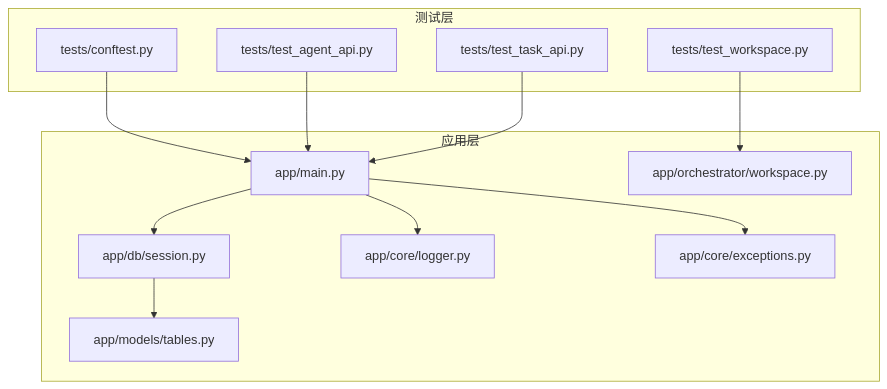
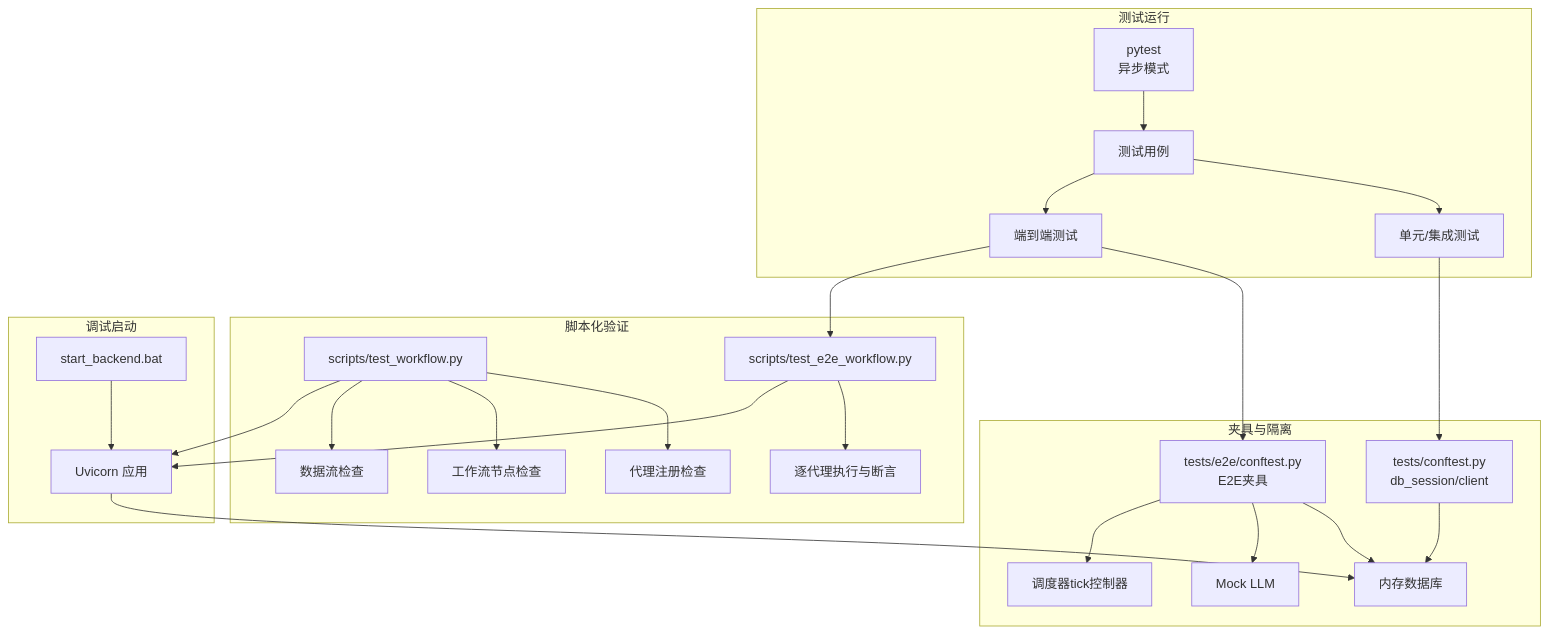
Before and after one commit to sansansansansan2022-web/hotclaw: the second of 9 diagrams in .qoder/repowiki/zh/content/后端开发/测试与调试.md, drawn with Mermaid. The commit also changed other lines of this file and 44 other files, not shown here.

````diff
--- a/.qoder/repowiki/zh/content/后端开发/测试与调试.md
+++ b/.qoder/repowiki/zh/content/后端开发/测试与调试.md
@@ -36,25 +105,29 @@
 ```mermaid
 graph TB
-subgraph "测试层"
-T1["tests/conftest.py"]
-T2["tests/test_agent_api.py"]
-T3["tests/test_task_api.py"]
-T4["tests/test_workspace.py"]
+subgraph "测试运行"
+P["pytest<br/>异步模式"] --> T["测试用例"]
+T --> U["单元/集成测试"]
+T --> E["端到端测试"]
 end
-subgraph "应用层"
-A1["app/main.py"]
-A2["app/db/session.py"]
-A3["app/models/tables.py"]
-A4["app/core/logger.py"]
-A5["app/core/exceptions.py"]
-A6["app/orchestrator/workspace.py"]
+subgraph "夹具与隔离"
+F1["tests/conftest.py<br/>db_session/client"] --> DB["内存数据库"]
+F2["tests/e2e/conftest.py<br/>E2E夹具"] --> DB
+F2 --> M["Mock LLM"]
+F2 --> S["调度器tick控制器"]
 end
-T1 --> A1
-T2 --> A1
-T3 --> A1
-T4 --> A6
-A1 --> A2
-A2 --> A3
-A1 --> A4
-A1 --> A5
+subgraph "脚本化验证"
+W1["scripts/test_workflow.py"] --> REG["代理注册检查"]
+W1 --> NODE["工作流节点检查"]
+W1 --> FLOW["数据流检查"]
+W2["scripts/test_e2e_workflow.py"] --> EXEC["逐代理执行与断言"]
+end
+subgraph "调试启动"
+B["start_backend.bat"] --> APP["Uvicorn 应用"]
+end
+U --> F1
+E --> F2
+E --> W2
+W1 --> APP
+W2 --> APP
+APP --> DB
 ```
````
